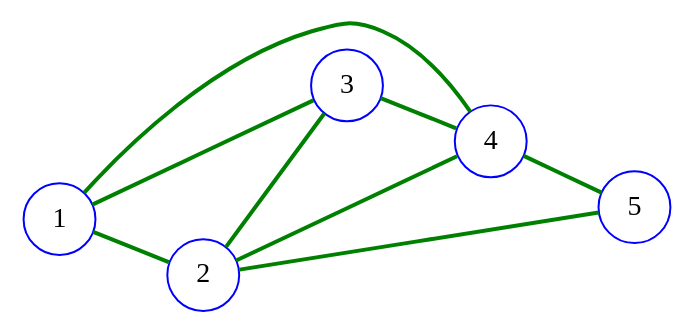
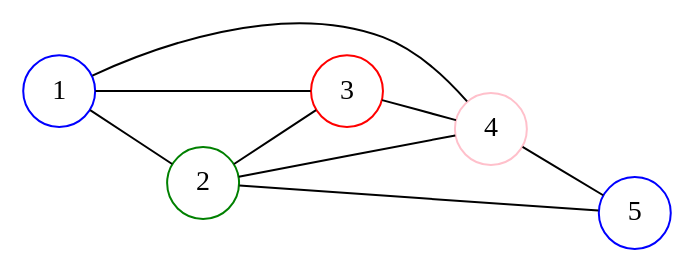
The diagram in dot/coloring2.dot (yyl-20020115/GraphAlgorithmTester), drawn with Graphviz before and after one commit. The commit also changed 4 other files, not shown here.

Commit message:
graph coloring fixed

```diff
--- a/dot/coloring2.dot
+++ b/dot/coloring2.dot
@@ -1,14 +1,19 @@
 graph Coloring{
-        node[shape="circle",color=blue];
-    edge[weight=0,penwidth=2,color="green"]
+    node[shape="circle"];
+    edge[]
     rankdir="LR";    
-
+    1 [color="Blue"];
+    5 [color="Blue"];
+    3 [color="Red"];
+    2 [color="Green"];
+    4 [color="Pink"];
+    
+    1--2
     1--3
-    1--2
     1--4
     2--3
     2--4
     2--5
     3--4
     4--5
 }
```
